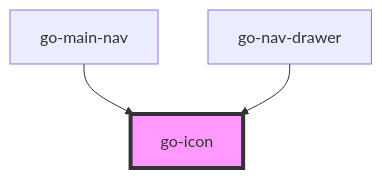
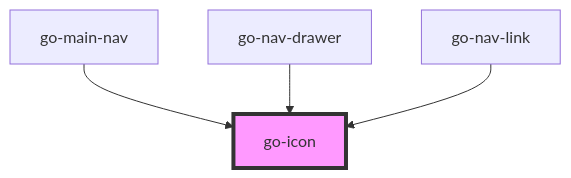
One commit to getgoui/go-ui changed the diagram in src/components/go-icon/readme.md. Above: the diagram before and after it, drawn with Mermaid. The commit also changed other lines of this file and 18 other files, not shown here.

````diff
--- a/src/components/go-icon/readme.md
+++ b/src/components/go-icon/readme.md
@@ -24,6 +25,7 @@
 ```mermaid
 graph TD;
   go-main-nav --> go-icon
   go-nav-drawer --> go-icon
+  go-nav-link --> go-icon
   style go-icon fill:#f9f,stroke:#333,stroke-width:4px
 ```
````
